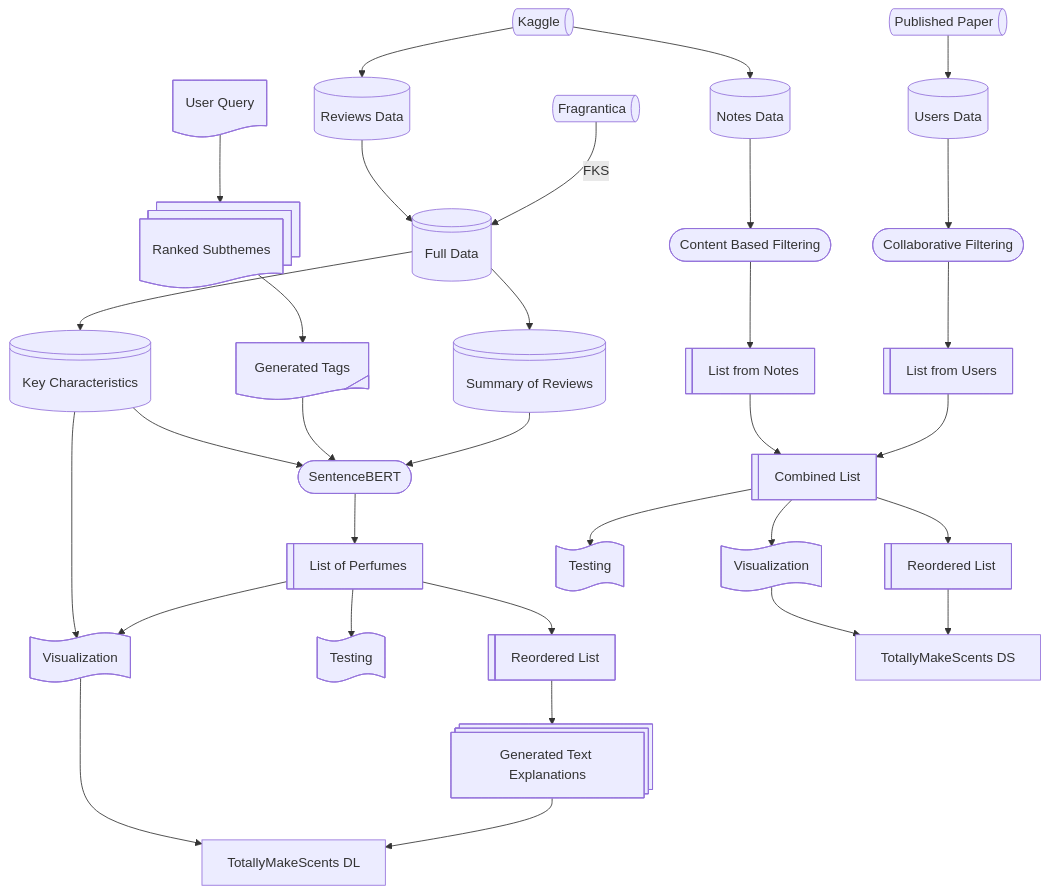
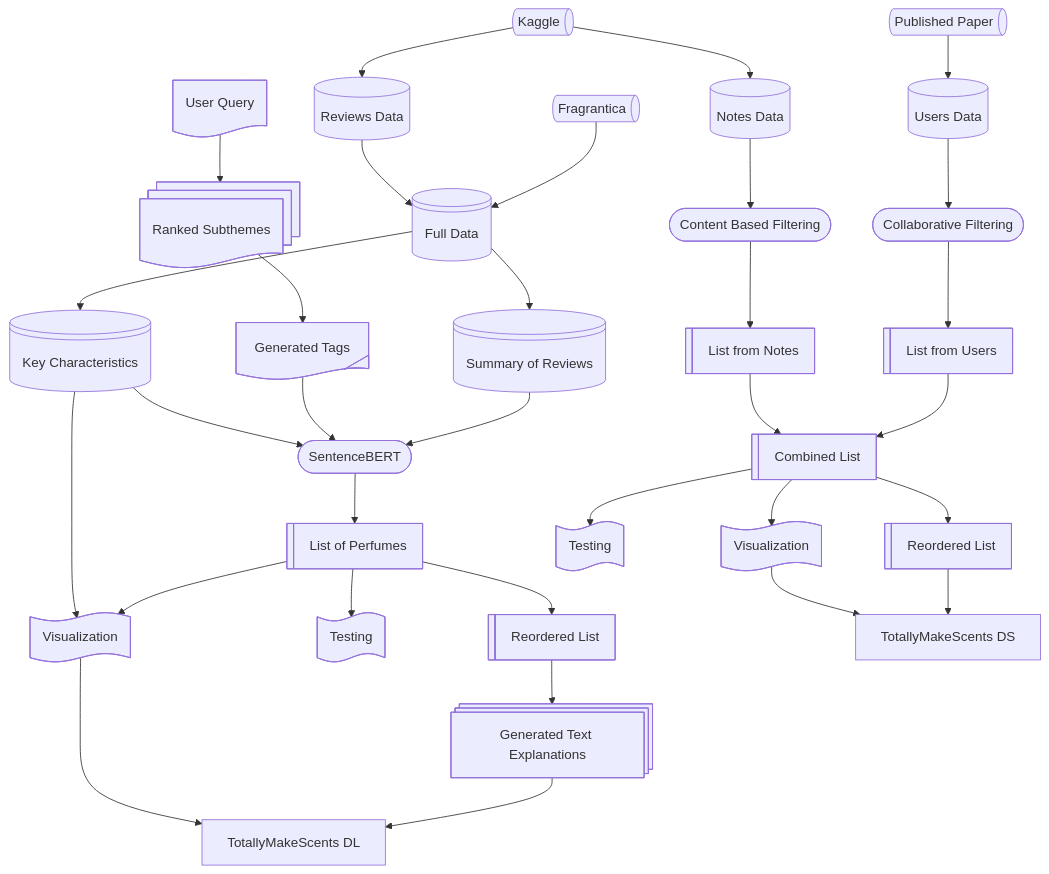
Before and after one commit to juntongsu/totallymakescents: the diagram in README.md, drawn with Mermaid. The commit also changed other lines of this file, not shown here.

````diff
--- a/README.md
+++ b/README.md
@@ -7,52 +7,52 @@
 ```mermaid
 flowchart TB
     A["Users Data"] --> B(["Collaborative Filtering"])
     B --> C["List from Users"]
     n1["Notes Data"] --> n3(["Content Based Filtering"])
     n3 --> n4["List from Notes"]
     C --> n5["Combined List"]
     n4 --> n5
     n5 --> n6["Reordered List"]
     n2["Full Data"] --> n7["Summary of Reviews"]
     u1["User Query"] --> n8["Ranked Subthemes"]
     n8 --> n9["Generated Tags"]
     n7 --> n10(["SentenceBERT"])
     n9 --> n10
     n10 --> n11["List of Perfumes"]
     n11 --> n12["Reordered List"] & n18["Testing"] & n20["Visualization"]
     n12 --> n13["Generated Text Explanations"]
     n14["Kaggle"] --> n1 & n22["Reviews Data"]
-    n15["Fragrantica"] -- FKS --> n2
+    n15["Fragrantica"] --> n2
     n16["Published Paper"] --> A
     n5 --> n17["Testing"] & n19["Visualization"]
     n21["Key Characteristics"] --> n20 & n10
     n2 --> n21
     n22 --> n2
     n6 --> n23["TotallyMakeScents DS"]
     n19 --> n23
     n13 --> n24["TotallyMakeScents DL"]
     n20 --> n24
     A@{ shape: db}
     C@{ shape: lin-proc}
     n1@{ shape: db}
     n4@{ shape: lin-proc}
     n5@{ shape: lin-proc}
     n6@{ shape: lin-proc}
     n2@{ shape: disk}
     n7@{ shape: disk}
     u1@{ shape: doc}
     n8@{ shape: docs}
     n9@{ shape: tag-doc}
     n11@{ shape: lin-proc}
     n12@{ shape: lin-proc}
     n18@{ shape: paper-tape}
     n20@{ shape: paper-tape}
     n13@{ shape: procs}
     n14@{ shape: das}
     n22@{ shape: cyl}
     n15@{ shape: das}
     n16@{ shape: das}
     n17@{ shape: paper-tape}
     n19@{ shape: paper-tape}
     n21@{ shape: disk}
 ```
````
